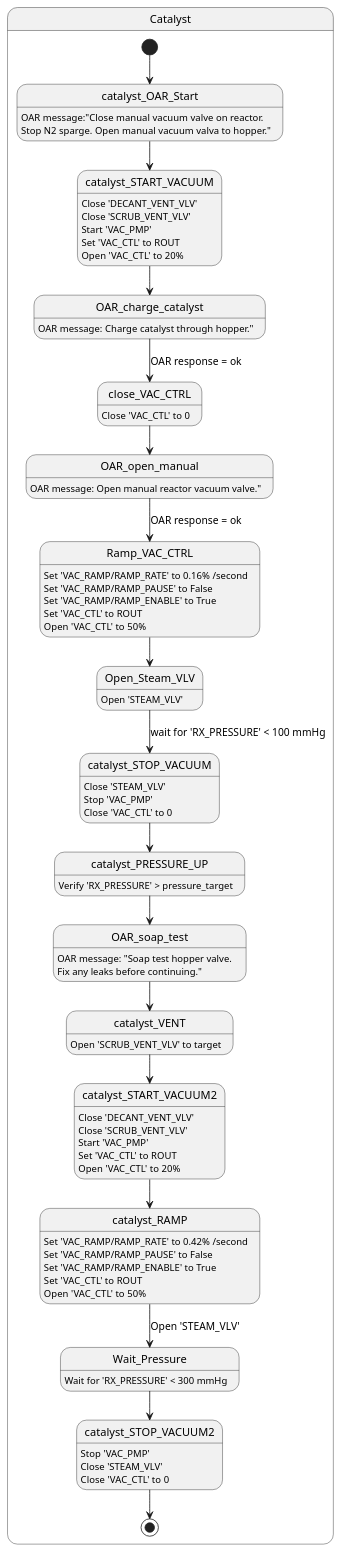
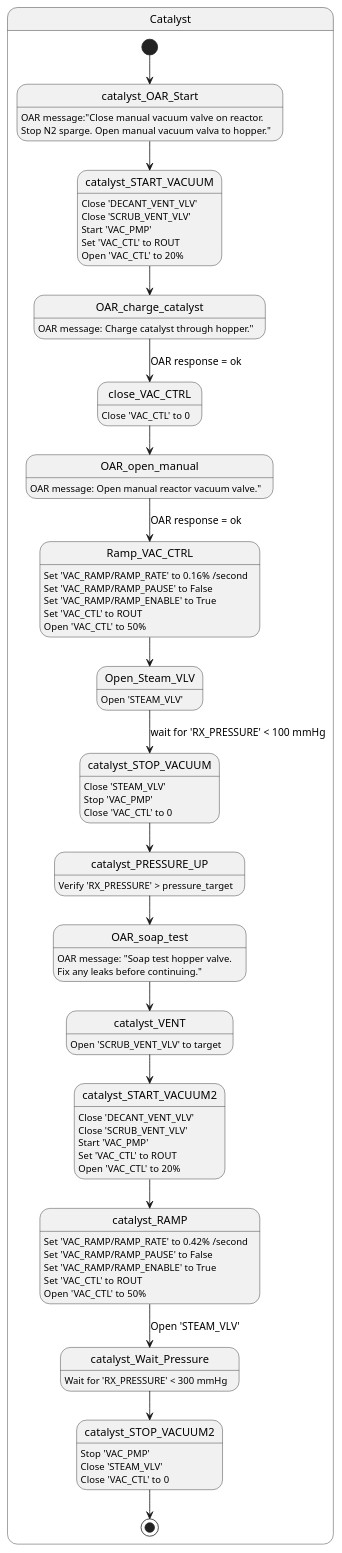
Before and after one commit to mekcrab/Solvay_test: the diagram in specs/Recipe/Stage/A165-R1/Catalyst.puml, drawn with PlantUML. The commit also changed 3 other files, not shown here.

Commit message:
DMAPA.puml finished.***** Noticed that the PlantUML have length limit for state diagram.

```diff
--- a/specs/Recipe/Stage/A165-R1/Catalyst.puml
+++ b/specs/Recipe/Stage/A165-R1/Catalyst.puml
@@ -1,79 +1,79 @@
 @startuml
 state Catalyst{
 
 [*] --> catalyst_OAR_Start
 
 catalyst_OAR_Start: OAR message:"Close manual vacuum valve on reactor. \n\
 Stop N2 sparge. Open manual vacuum valva to hopper."
 
 catalyst_OAR_Start --> catalyst_START_VACUUM
 
 catalyst_START_VACUUM: Close 'DECANT_VENT_VLV'
 catalyst_START_VACUUM: Close 'SCRUB_VENT_VLV'
 catalyst_START_VACUUM: Start 'VAC_PMP'
 catalyst_START_VACUUM: Set 'VAC_CTL' to ROUT
 catalyst_START_VACUUM: Open 'VAC_CTL' to 20%
 
 catalyst_START_VACUUM --> OAR_charge_catalyst
 OAR_charge_catalyst: OAR message: Charge catalyst through hopper."
 
 OAR_charge_catalyst --> close_VAC_CTRL: OAR response = ok
 close_VAC_CTRL: Close 'VAC_CTL' to 0
 
 close_VAC_CTRL --> OAR_open_manual
 OAR_open_manual: OAR message: Open manual reactor vacuum valve."
 
 OAR_open_manual --> Ramp_VAC_CTRL: OAR response = ok
 Ramp_VAC_CTRL: Set 'VAC_RAMP/RAMP_RATE' to 0.16% /second
 Ramp_VAC_CTRL: Set 'VAC_RAMP/RAMP_PAUSE' to False
 Ramp_VAC_CTRL: Set 'VAC_RAMP/RAMP_ENABLE' to True
 Ramp_VAC_CTRL: Set 'VAC_CTL' to ROUT
 Ramp_VAC_CTRL: Open 'VAC_CTL' to 50%
 
 Ramp_VAC_CTRL --> Open_Steam_VLV
 Open_Steam_VLV: Open 'STEAM_VLV'
 
 Open_Steam_VLV --> catalyst_STOP_VACUUM: wait for 'RX_PRESSURE' < 100 mmHg
 catalyst_STOP_VACUUM: Close 'STEAM_VLV'
 catalyst_STOP_VACUUM: Stop 'VAC_PMP'
 catalyst_STOP_VACUUM: Close 'VAC_CTL' to 0
 
 catalyst_STOP_VACUUM --> catalyst_PRESSURE_UP
 catalyst_PRESSURE_UP: Verify 'RX_PRESSURE' > pressure_target
 
 catalyst_PRESSURE_UP --> OAR_soap_test
 OAR_soap_test: OAR message: "Soap test hopper valve. \n\
 Fix any leaks before continuing."
 
 OAR_soap_test --> catalyst_VENT
 catalyst_VENT: Open 'SCRUB_VENT_VLV' to target
 
 catalyst_VENT --> catalyst_START_VACUUM2
 catalyst_START_VACUUM2: Close 'DECANT_VENT_VLV'
 catalyst_START_VACUUM2: Close 'SCRUB_VENT_VLV'
 catalyst_START_VACUUM2: Start 'VAC_PMP'
 catalyst_START_VACUUM2: Set 'VAC_CTL' to ROUT
 catalyst_START_VACUUM2: Open 'VAC_CTL' to 20%
 
 catalyst_START_VACUUM2 --> catalyst_RAMP
 catalyst_RAMP: Set 'VAC_RAMP/RAMP_RATE' to 0.42% /second
 catalyst_RAMP: Set 'VAC_RAMP/RAMP_PAUSE' to False
 catalyst_RAMP: Set 'VAC_RAMP/RAMP_ENABLE' to True
 catalyst_RAMP: Set 'VAC_CTL' to ROUT
 catalyst_RAMP: Open 'VAC_CTL' to 50%
 
-catalyst_RAMP --> Wait_Pressure: Open 'STEAM_VLV'
-Wait_Pressure: Wait for 'RX_PRESSURE' < 300 mmHg
+catalyst_RAMP --> catalyst_Wait_Pressure: Open 'STEAM_VLV'
+catalyst_Wait_Pressure: Wait for 'RX_PRESSURE' < 300 mmHg
 
-Wait_Pressure --> catalyst_STOP_VACUUM2
+catalyst_Wait_Pressure --> catalyst_STOP_VACUUM2
 catalyst_STOP_VACUUM2: Stop 'VAC_PMP'
 catalyst_STOP_VACUUM2: Close 'STEAM_VLV'
 catalyst_STOP_VACUUM2: Close 'VAC_CTL' to 0
 
 catalyst_STOP_VACUUM2 --> [*]
 
 
 
 
 }
 @enduml
```
